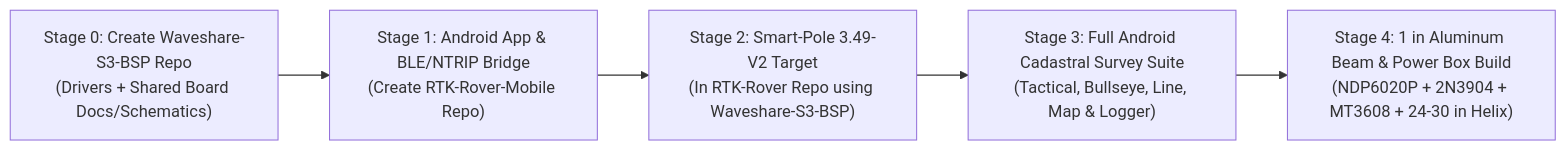
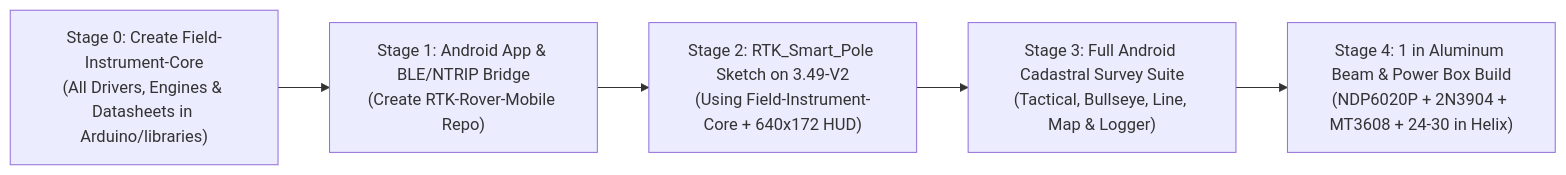
Before and after one commit to rguilmet/RTK-Rover: the fifth of 5 diagrams in docs/plan_smart_pole_and_android_app.md, drawn with Mermaid. The commit also changed other lines of this file and 1 other file, not shown here.

Commit message:
docs: Consolidate all shared drivers, engines & datasheets into Field_Instrument_Core library (v2.4.0)

````diff
--- a/docs/plan_smart_pole_and_android_app.md
+++ b/docs/plan_smart_pole_and_android_app.md
@@ -466,7 +489,7 @@
 ```mermaid
 flowchart LR
-    Stage0["Stage 0: Create Waveshare-S3-BSP Repo\n(Drivers + Shared Board Docs/Schematics)"] --> Stage1["Stage 1: Android App & BLE/NTRIP Bridge\n(Create RTK-Rover-Mobile Repo)"]
-    Stage1 --> Stage2["Stage 2: Smart-Pole 3.49-V2 Target\n(In RTK-Rover Repo using Waveshare-S3-BSP)"]
+    Stage0["Stage 0: Create Field-Instrument-Core\n(All Drivers, Engines & Datasheets in Arduino/libraries)"] --> Stage1["Stage 1: Android App & BLE/NTRIP Bridge\n(Create RTK-Rover-Mobile Repo)"]
+    Stage1 --> Stage2["Stage 2: RTK_Smart_Pole Sketch on 3.49-V2\n(Using Field-Instrument-Core + 640x172 HUD)"]
     Stage2 --> Stage3["Stage 3: Full Android Cadastral Survey Suite\n(Tactical, Bullseye, Line, Map & Logger)"]
     Stage3 --> Stage4["Stage 4: 1 in Aluminum Beam & Power Box Build\n(NDP6020P + 2N3904 + MT3608 + 24-30 in Helix)"]
 ```
````
